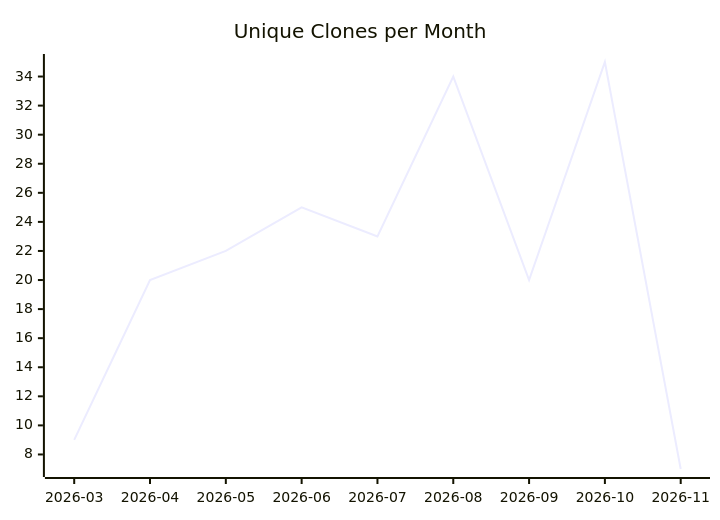
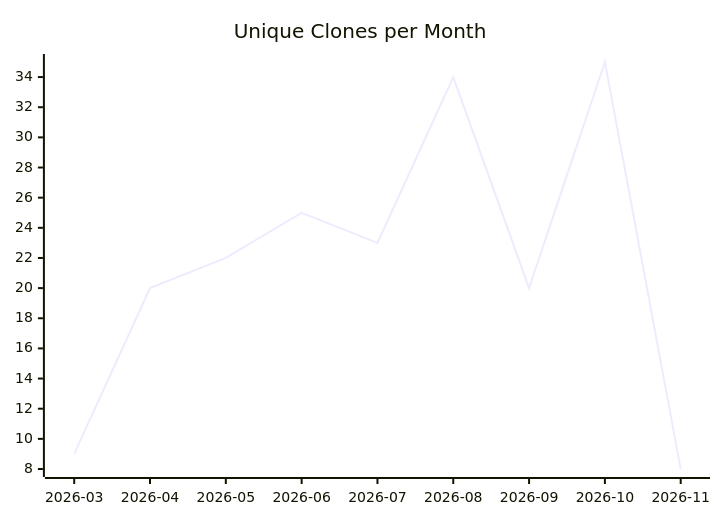
The third of 3 diagrams in karlmdavis/kxml2/README.md (justdavis-family/github-analytics-data), drawn with Mermaid before and after one commit. The commit also changed other lines of this file and 192 other files, not shown here.

````diff
--- a/karlmdavis/kxml2/README.md
+++ b/karlmdavis/kxml2/README.md
@@ -19,6 +19,6 @@
 ```mermaid
 xychart-beta
   title "Unique Clones per Month"
   x-axis ["2026-03", "2026-04", "2026-05", "2026-06", "2026-07", "2026-08", "2026-09", "2026-10", "2026-11"]
-  line [9, 20, 22, 25, 23, 34, 20, 35, 7]
+  line [9, 20, 22, 25, 23, 34, 20, 35, 8]
 ```
````
